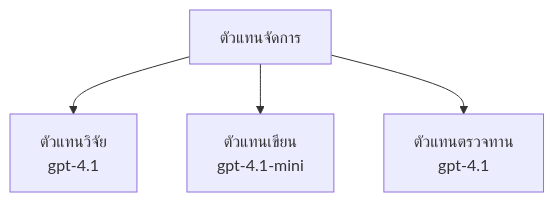
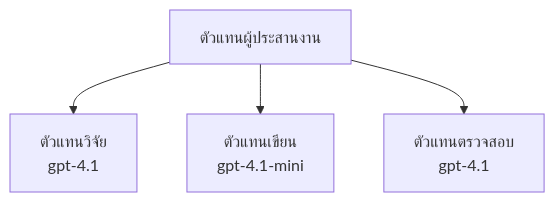
Before and after one commit to microsoft/AZD-for-beginners: the third of 3 diagrams in translations/th/docs/chapter-02-ai-development/agents.md, drawn with Mermaid. The commit also changed other lines of this file and 59 other files, not shown here.

````diff
--- a/translations/th/docs/chapter-02-ai-development/agents.md
+++ b/translations/th/docs/chapter-02-ai-development/agents.md
@@ -201,6 +201,6 @@
 ```mermaid
 graph TD
-    Orchestrator[ตัวแทนจัดการ] --> Research[ตัวแทนวิจัย<br/>gpt-4.1]
+    Orchestrator[ตัวแทนผู้ประสานงาน] --> Research[ตัวแทนวิจัย<br/>gpt-4.1]
     Orchestrator --> Writer[ตัวแทนเขียน<br/>gpt-4.1-mini]
-    Orchestrator --> Reviewer[ตัวแทนตรวจทาน<br/>gpt-4.1]
+    Orchestrator --> Reviewer[ตัวแทนตรวจสอบ<br/>gpt-4.1]
 ```
````
